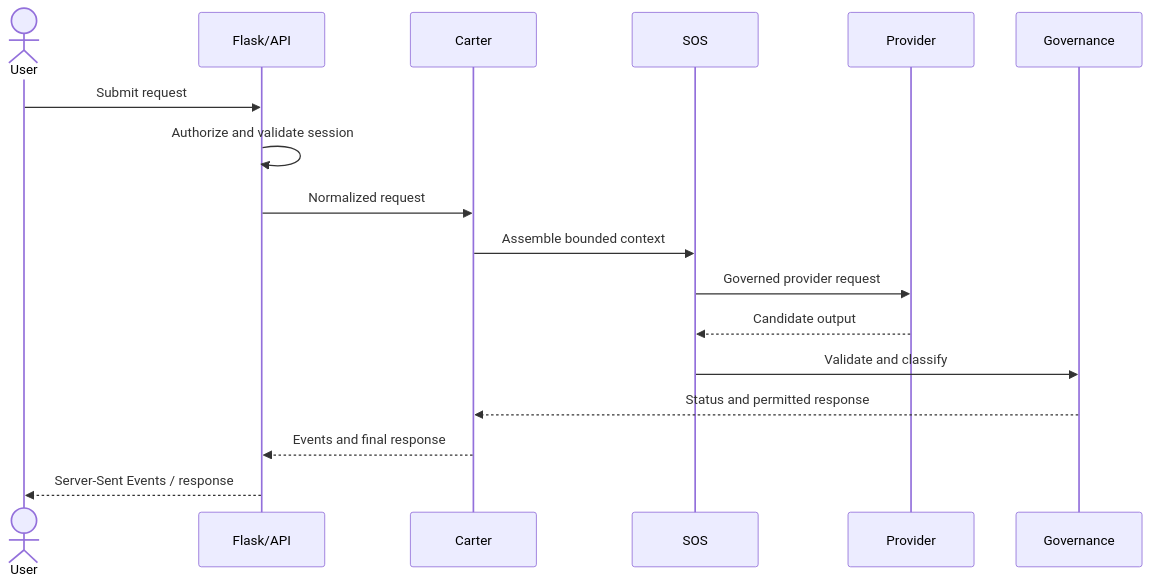
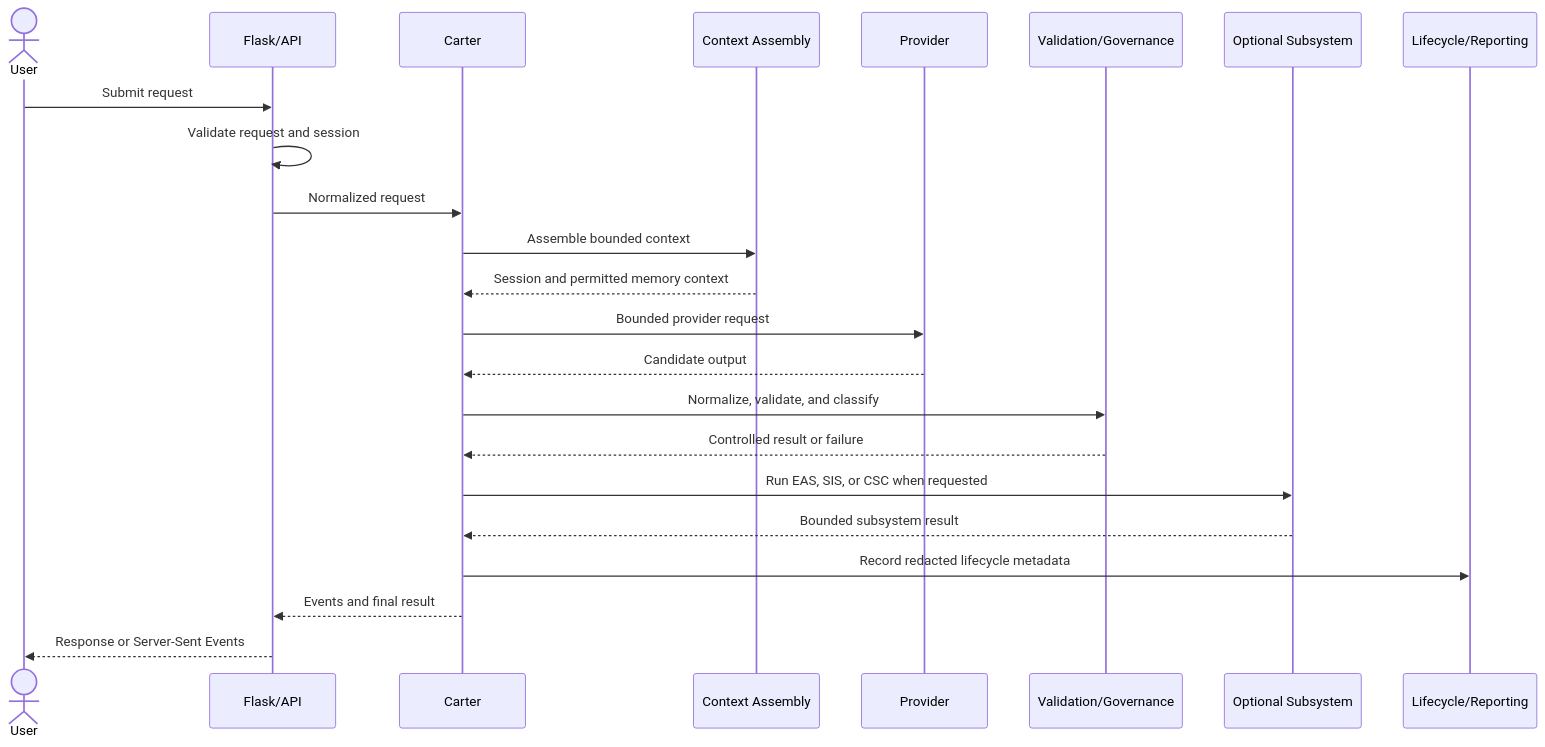
The second of 5 diagrams in docs/ARCHITECTURE.md (mdlewis365/carter-synthetic-os), drawn with Mermaid before and after one commit. The commit also changed other lines of this file and 3 other files, not shown here.

````diff
--- a/docs/ARCHITECTURE.md
+++ b/docs/ARCHITECTURE.md
@@ -32,19 +148,26 @@
 ```mermaid
 sequenceDiagram
     actor User
     participant API as Flask/API
     participant Carter
-    participant SOS
+    participant Context as Context Assembly
     participant Provider
-    participant Gov as Governance
+    participant Boundary as Validation/Governance
+    participant Subsystem as Optional Subsystem
+    participant Report as Lifecycle/Reporting
+
     User->>API: Submit request
-    API->>API: Authorize and validate session
+    API->>API: Validate request and session
     API->>Carter: Normalized request
-    Carter->>SOS: Assemble bounded context
-    SOS->>Provider: Governed provider request
-    Provider-->>SOS: Candidate output
-    SOS->>Gov: Validate and classify
-    Gov-->>Carter: Status and permitted response
-    Carter-->>API: Events and final response
-    API-->>User: Server-Sent Events / response
+    Carter->>Context: Assemble bounded context
+    Context-->>Carter: Session and permitted memory context
+    Carter->>Provider: Bounded provider request
+    Provider-->>Carter: Candidate output
+    Carter->>Boundary: Normalize, validate, and classify
+    Boundary-->>Carter: Controlled result or failure
+    Carter->>Subsystem: Run EAS, SIS, or CSC when requested
+    Subsystem-->>Carter: Bounded subsystem result
+    Carter->>Report: Record redacted lifecycle metadata
+    Carter-->>API: Events and final result
+    API-->>User: Response or Server-Sent Events
 ```
````
